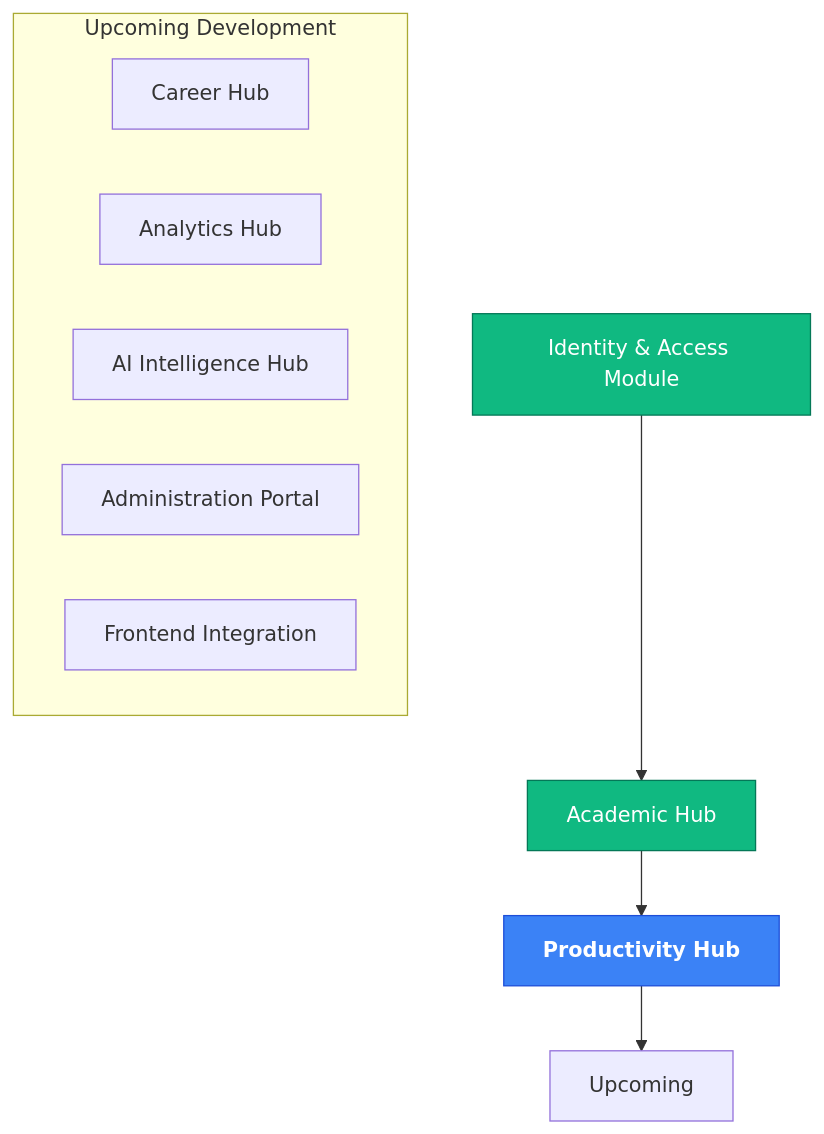
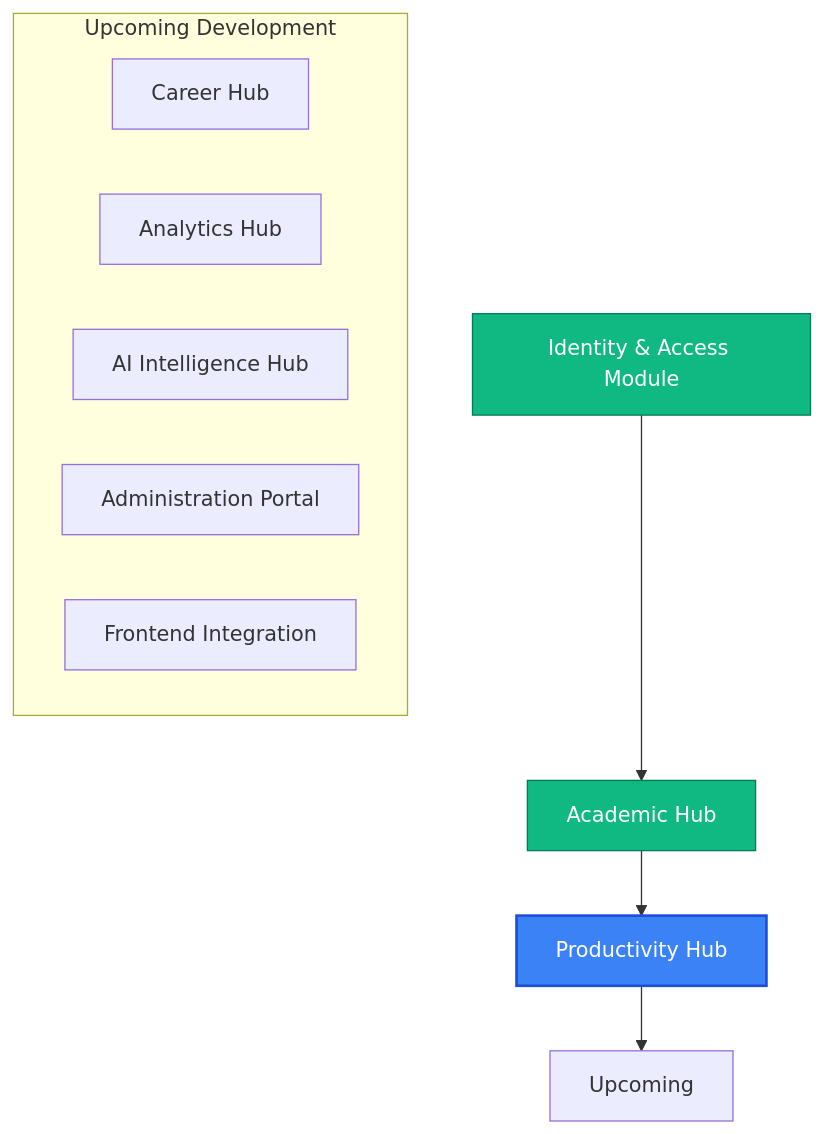
The seventh of 7 diagrams in PROJECT_PROGRESS.md (sufiyanshaikh06/integrum), drawn with Mermaid before and after one commit. The commit also changed other lines of this file, not shown here.

Commit message:
docs: update wording and chart compatibility for guide review

````diff
--- a/PROJECT_PROGRESS.md
+++ b/PROJECT_PROGRESS.md
@@ -175,18 +175,19 @@
 ```mermaid
 flowchart TD
-    A[Identity & Access Module]:::completed --> B[Academic Hub]:::completed
-    B --> C[Productivity Hub]:::current
+    A[Identity & Access Module] --> B[Academic Hub]
+    B --> C[Productivity Hub]
     
     subgraph Upcoming Development
     D[Career Hub]
     E[Analytics Hub]
     F[AI Intelligence Hub]
     G[Administration Portal]
     H[Frontend Integration]
     end
     
     C --> Upcoming
     
-    classDef completed fill:#10b981,stroke:#047857,color:#fff;
-    classDef current fill:#3b82f6,stroke:#1d4ed8,color:#fff,font-weight:bold;
+    style A fill:#10b981,stroke:#047857,color:#fff
+    style B fill:#10b981,stroke:#047857,color:#fff
+    style C fill:#3b82f6,stroke:#1d4ed8,color:#fff,stroke-width:2px
 ```
````
